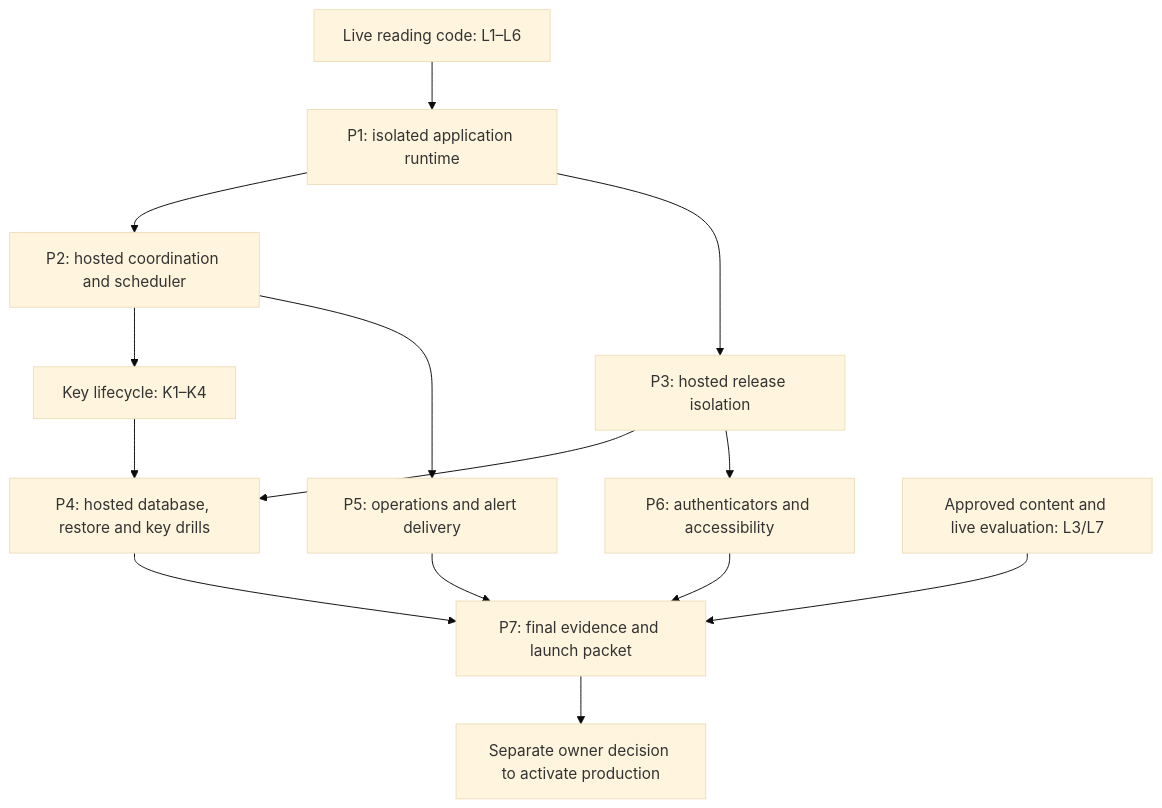
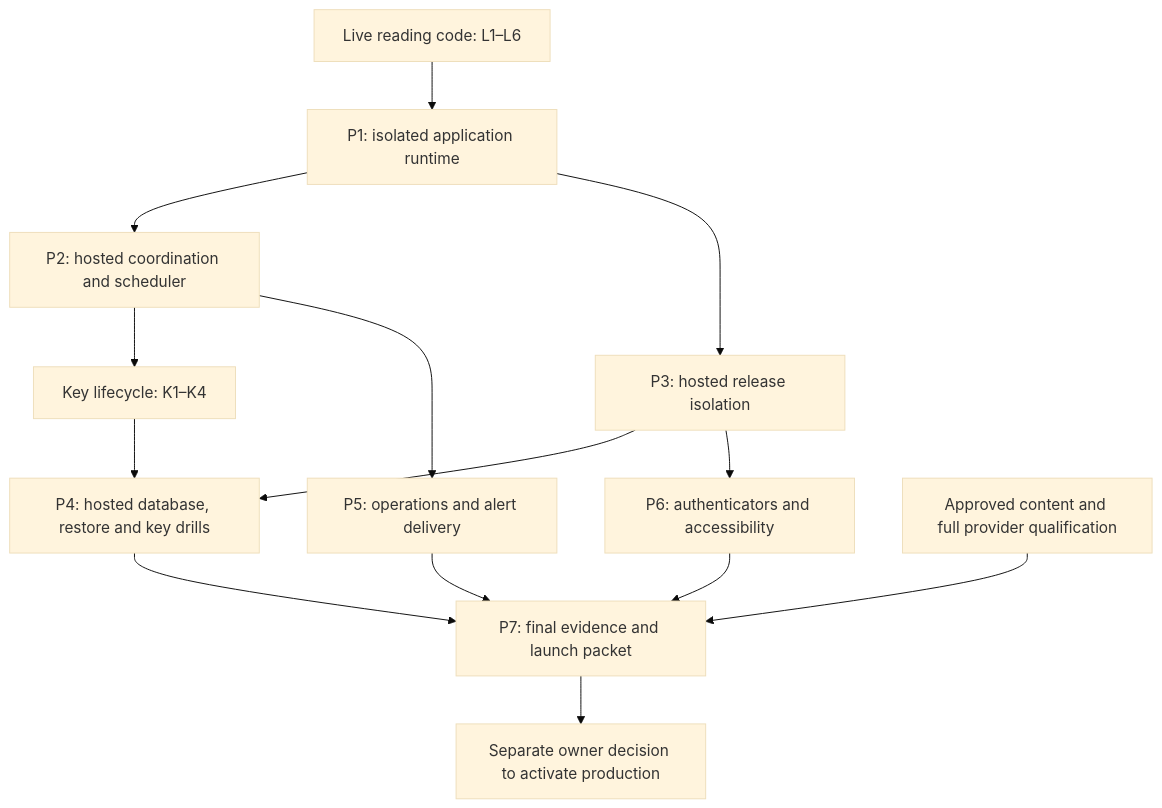
Before and after one commit to henryperkins/reflection-app: the diagram in docs/superpowers/plans/2026-10-27-production-qualification.md, drawn with Mermaid (base theme). The commit also changed other lines of this file and 5 other files, not shown here.

Commit message:
docs: complete approved four-case live development check

````diff
--- a/docs/superpowers/plans/2026-10-27-production-qualification.md
+++ b/docs/superpowers/plans/2026-10-27-production-qualification.md
@@ -38,16 +38,16 @@
 ```mermaid
 flowchart TD
   L[Live reading code: L1–L6] --> P1[P1: isolated application runtime]
   P1 --> P2[P2: hosted coordination and scheduler]
   P1 --> P3[P3: hosted release isolation]
   P2 --> K[Key lifecycle: K1–K4]
   P3 --> P4[P4: hosted database, restore and key drills]
   K --> P4
   P2 --> P5[P5: operations and alert delivery]
   P3 --> P6[P6: authenticators and accessibility]
-  E[Approved content and live evaluation: L3/L7] --> P7[P7: final evidence and launch packet]
+  E[Approved content and full provider qualification] --> P7[P7: final evidence and launch packet]
   P4 --> P7
   P5 --> P7
   P6 --> P7
   P7 --> A[Separate owner decision to activate production]
 ```
````
